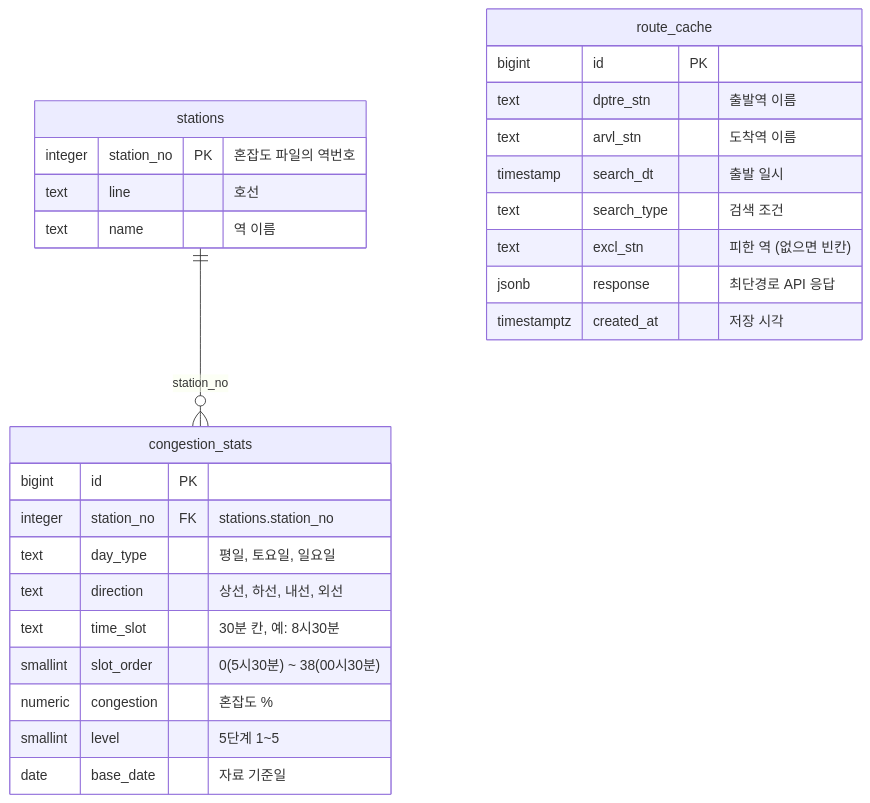
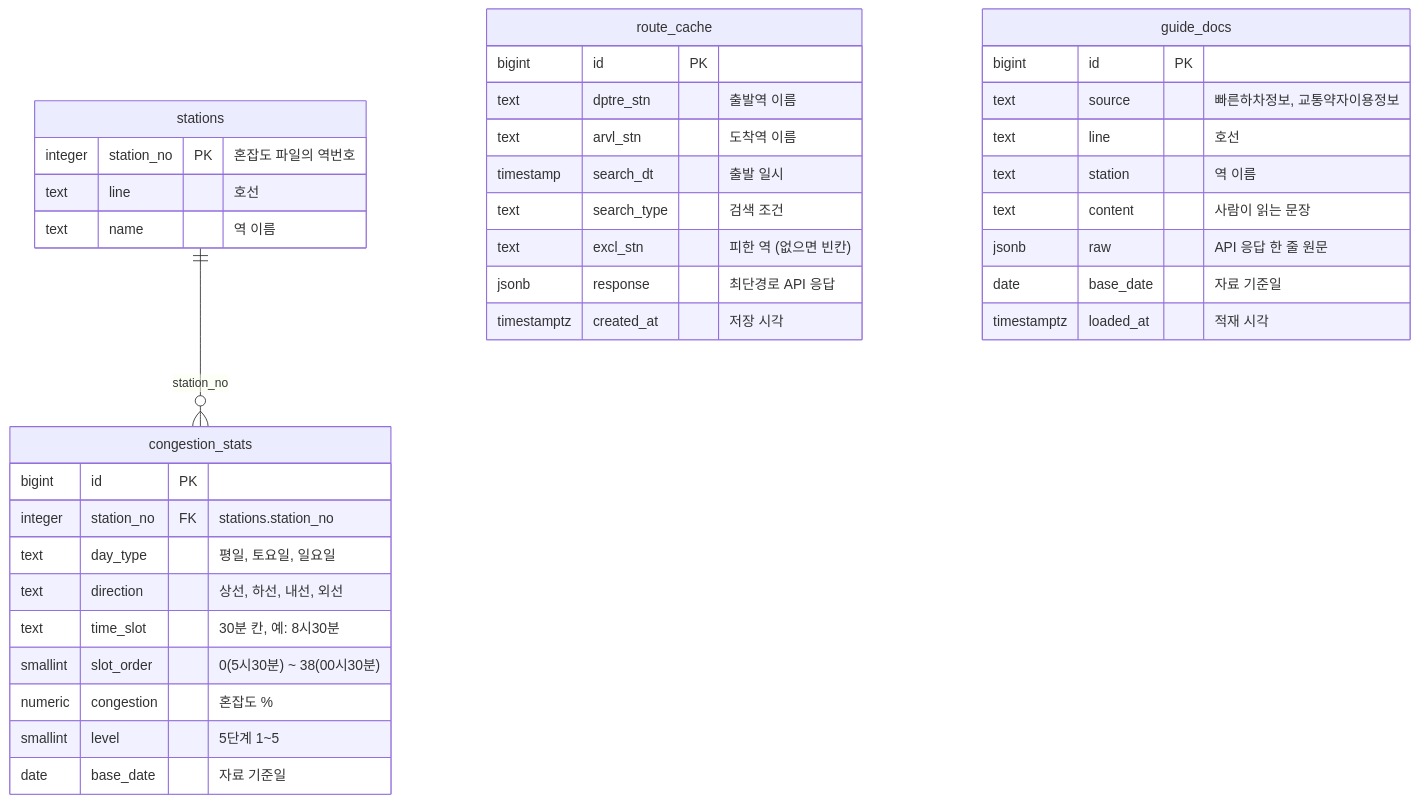
Before and after one commit to 365526/easy-nav: the diagram in backend/docs/DB_TABLES.md, drawn with Mermaid. The commit also changed other lines of this file and 7 other files, not shown here.

````diff
--- a/backend/docs/DB_TABLES.md
+++ b/backend/docs/DB_TABLES.md
@@ -9,30 +10,40 @@
 ```mermaid
 erDiagram
     stations ||--o{ congestion_stats : "station_no"
     stations {
         integer station_no PK "혼잡도 파일의 역번호"
         text line "호선"
         text name "역 이름"
     }
     congestion_stats {
         bigint id PK
         integer station_no FK "stations.station_no"
         text day_type "평일, 토요일, 일요일"
         text direction "상선, 하선, 내선, 외선"
         text time_slot "30분 칸, 예: 8시30분"
         smallint slot_order "0(5시30분) ~ 38(00시30분)"
         numeric congestion "혼잡도 %"
         smallint level "5단계 1~5"
         date base_date "자료 기준일"
     }
     route_cache {
         bigint id PK
         text dptre_stn "출발역 이름"
         text arvl_stn "도착역 이름"
         timestamp search_dt "출발 일시"
         text search_type "검색 조건"
         text excl_stn "피한 역 (없으면 빈칸)"
         jsonb response "최단경로 API 응답"
         timestamptz created_at "저장 시각"
     }
+    guide_docs {
+        bigint id PK
+        text source "빠른하차정보, 교통약자이용정보"
+        text line "호선"
+        text station "역 이름"
+        text content "사람이 읽는 문장"
+        jsonb raw "API 응답 한 줄 원문"
+        date base_date "자료 기준일"
+        timestamptz loaded_at "적재 시각"
+    }
 ```
````
